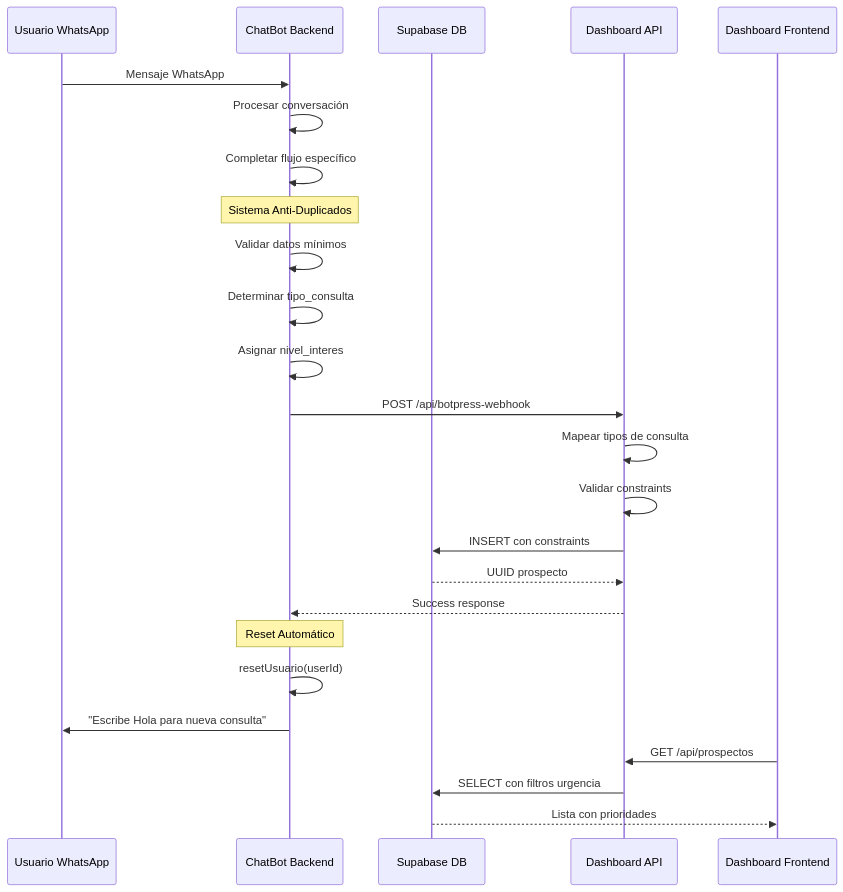
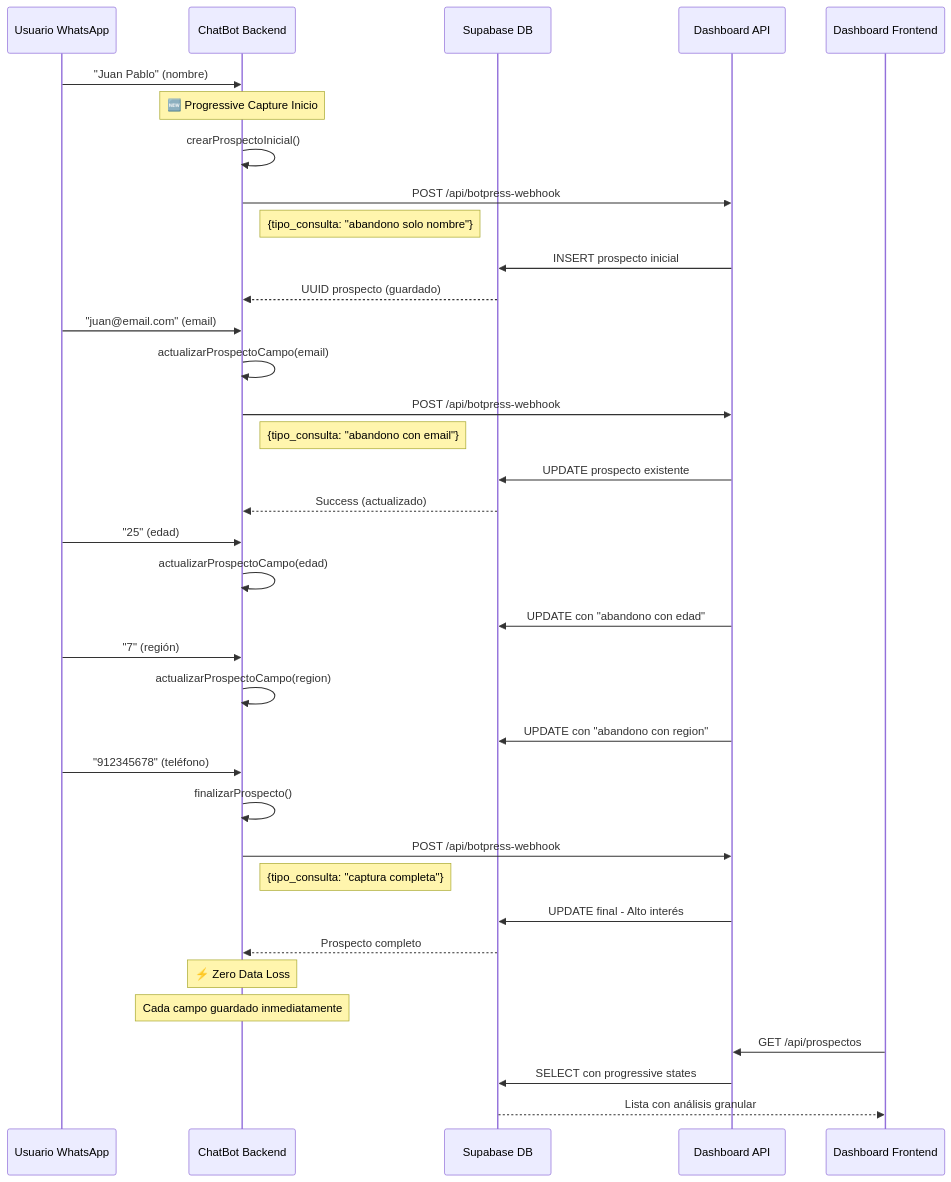
The third of 4 diagrams in arquitectura.md (direccionTIUniacc/chat-bot), drawn with Mermaid before and after one commit. The commit also changed other lines of this file, not shown here.

````diff
--- a/arquitectura.md
+++ b/arquitectura.md
@@ -415,32 +454,46 @@
 ```mermaid
 sequenceDiagram
     participant U as Usuario WhatsApp
     participant CB as ChatBot Backend
     participant SB as Supabase DB
     participant DAS as Dashboard API
     participant DF as Dashboard Frontend
 
-    U->>CB: Mensaje WhatsApp
-    CB->>CB: Procesar conversación
-    CB->>CB: Completar flujo específico
+    U->>CB: "Juan Pablo" (nombre)
     
-    Note over CB: Sistema Anti-Duplicados
-    CB->>CB: Validar datos mínimos
-    CB->>CB: Determinar tipo_consulta
-    CB->>CB: Asignar nivel_interes
+    Note over CB: 🆕 Progressive Capture Inicio
+    CB->>CB: crearProspectoInicial()
+    CB->>DAS: POST /api/botpress-webhook
+    Note right of CB: {tipo_consulta: "abandono solo nombre"}
+    DAS->>SB: INSERT prospecto inicial
+    SB-->>CB: UUID prospecto (guardado)
     
+    U->>CB: "juan@email.com" (email)
+    CB->>CB: actualizarProspectoCampo(email)
     CB->>DAS: POST /api/botpress-webhook
-    DAS->>DAS: Mapear tipos de consulta
-    DAS->>DAS: Validar constraints
-    DAS->>SB: INSERT con constraints
-    SB-->>DAS: UUID prospecto
-    DAS-->>CB: Success response
+    Note right of CB: {tipo_consulta: "abandono con email"}
+    DAS->>SB: UPDATE prospecto existente
+    SB-->>CB: Success (actualizado)
     
-    Note over CB: Reset Automático
-    CB->>CB: resetUsuario(userId)
-    CB->>U: "Escribe Hola para nueva consulta"
+    U->>CB: "25" (edad)
+    CB->>CB: actualizarProspectoCampo(edad)
+    DAS->>SB: UPDATE con "abandono con edad"
+    
+    U->>CB: "7" (región)
+    CB->>CB: actualizarProspectoCampo(region)
+    DAS->>SB: UPDATE con "abandono con region"
+    
+    U->>CB: "912345678" (teléfono)
+    CB->>CB: finalizarProspecto()
+    CB->>DAS: POST /api/botpress-webhook
+    Note right of CB: {tipo_consulta: "captura completa"}
+    DAS->>SB: UPDATE final - Alto interés
+    SB-->>CB: Prospecto completo
+    
+    Note over CB: ⚡ Zero Data Loss
+    Note over CB: Cada campo guardado inmediatamente
     
     DF->>DAS: GET /api/prospectos
-    DAS->>SB: SELECT con filtros urgencia
-    SB-->>DF: Lista con prioridades
+    DAS->>SB: SELECT con progressive states
+    SB-->>DF: Lista con análisis granular
 ```
````
